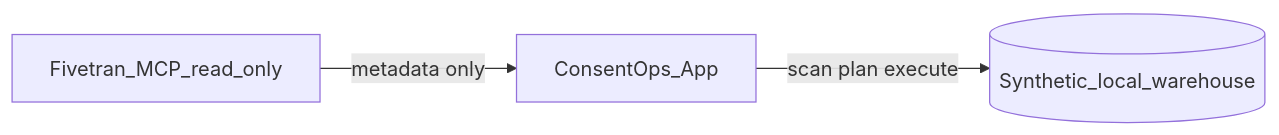
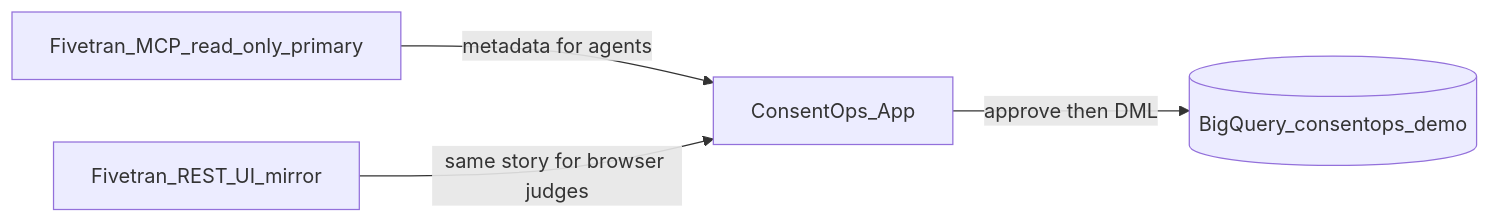
One commit to prabhakaran-jm/consentops-agent changed the diagram in docs/fivetran-mcp-evidence.md. Above: the diagram before and after it, drawn with Mermaid. The commit also changed other lines of this file and 19 other files, not shown here.

First line of the commit message:
@ Add runtime Fivetran MCP integration for hackathon submission proof.

````diff
--- a/docs/fivetran-mcp-evidence.md
+++ b/docs/fivetran-mcp-evidence.md
@@ -75,9 +30,11 @@
 ```mermaid
 flowchart LR
-  MCP[Fivetran_MCP_read_only]
+  MCP[Fivetran_MCP_read_only_primary]
+  REST[Fivetran_REST_UI_mirror]
   App[ConsentOps_App]
-  WH[(Synthetic_local_warehouse)]
+  BQ[(BigQuery_consentops_demo)]
 
-  MCP -->|"metadata only"| App
-  App -->|"scan plan execute"| WH
+  MCP -->|"metadata for agents"| App
+  REST -->|"same story for browser judges"| App
+  App -->|"approve then DML"| BQ
 ```
````
